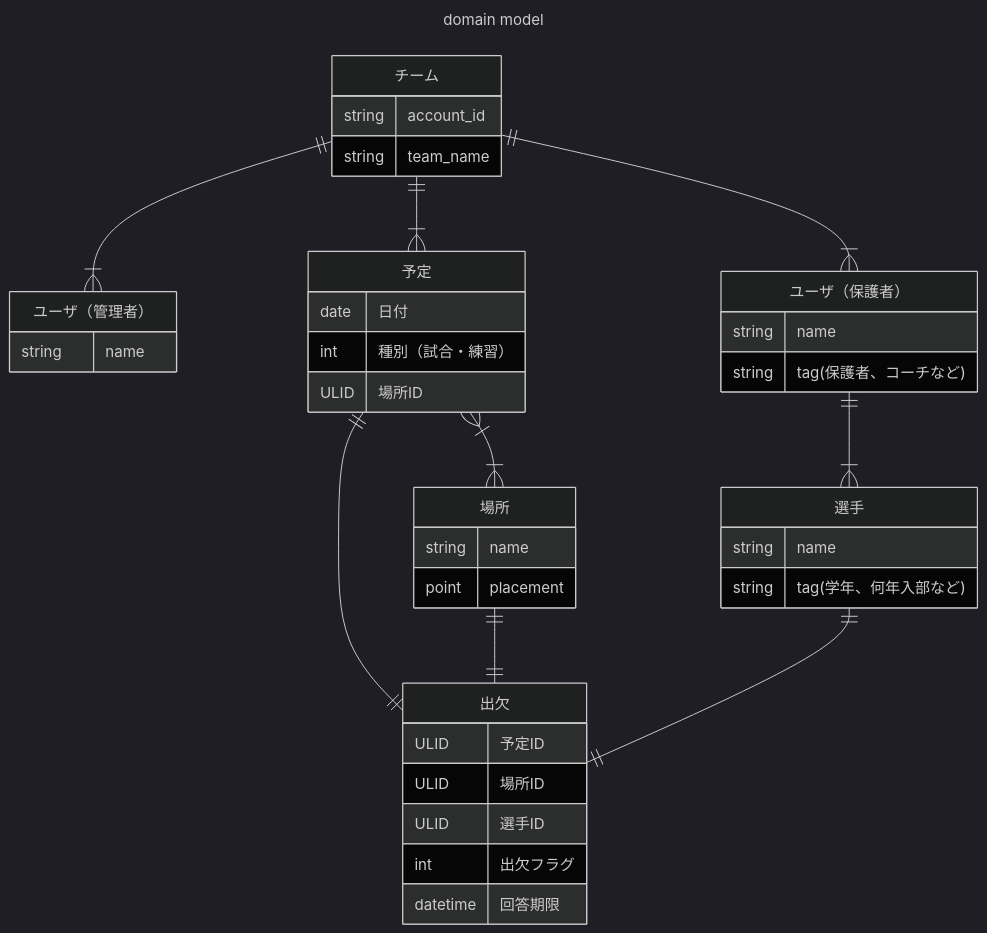
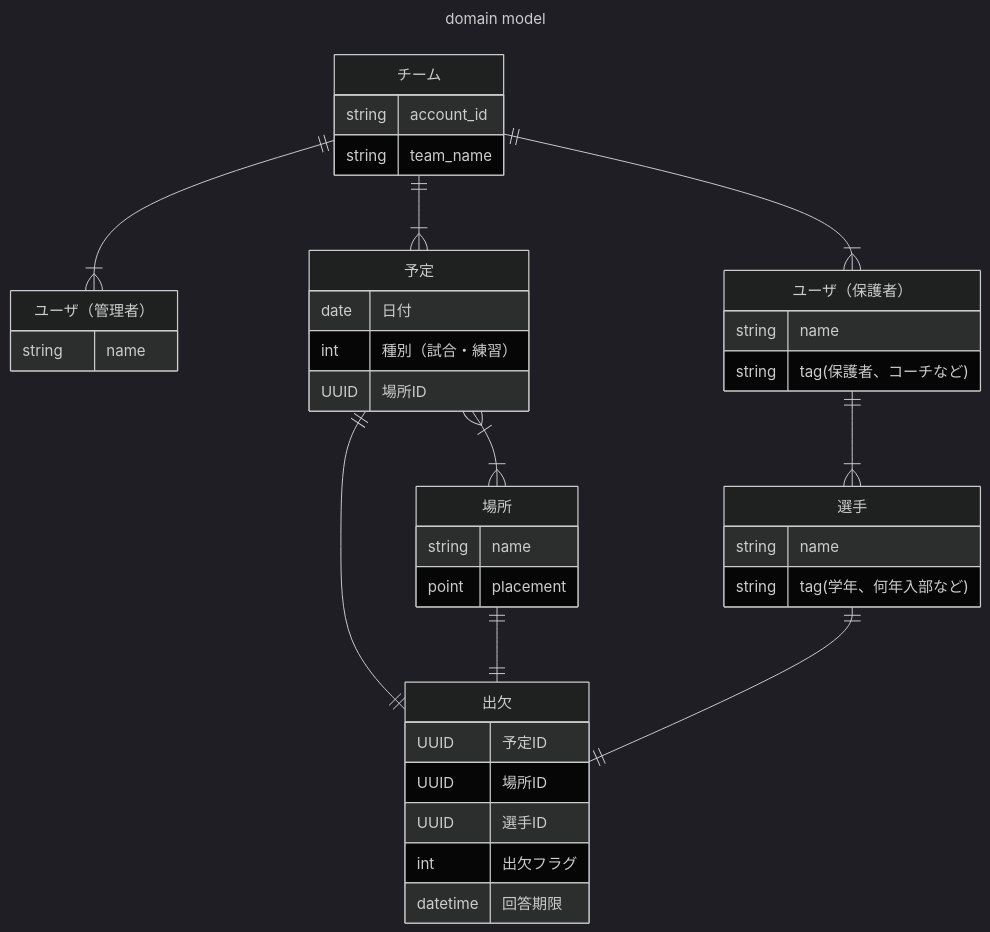
One commit to kanaria-team-manager/kanaria-apps changed the diagram in doc/domain_object.md. Above: the diagram before and after it, drawn with Mermaid (dark theme). The commit also changed 2 other files, not shown here.

Commit message:
fix: replace remaining ulid references with uuidv7

````diff
--- a/doc/domain_object.md
+++ b/doc/domain_object.md
@@ -5,46 +5,46 @@
 ```mermaid
 ---
 title: domain model
 ---
 erDiagram
     チーム ||--|{ ユーザ（管理者） : ""
     チーム ||--|{ ユーザ（保護者） : ""
     チーム ||--|{ 予定 : ""
     ユーザ（保護者） ||--|{ 選手 : ""
     チーム {
         string account_id
         string team_name
     }
     ユーザ（管理者） {
         string name
     }
     ユーザ（保護者） {
         string name
         string tag(保護者、コーチなど)
     }
     選手 {
         string name
         string tag(学年、何年入部など)
     }
     予定 {
         date 日付
         int 種別（試合・練習）
-        ULID 場所ID
+        UUID 場所ID
     }
     場所 {
         string name
         point placement
     }
     予定 }|--|{ 場所 : ""
     予定 ||--|| 出欠 : ""
     場所 ||--|| 出欠 : ""
     選手 ||--|| 出欠 : ""
 
     出欠 {
-        ULID 予定ID
-        ULID 場所ID
-        ULID 選手ID
+        UUID 予定ID
+        UUID 場所ID
+        UUID 選手ID
         int 出欠フラグ
         datetime 回答期限
     }
 ```
````
